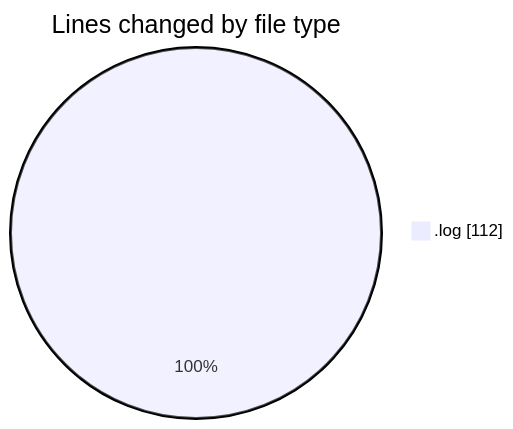
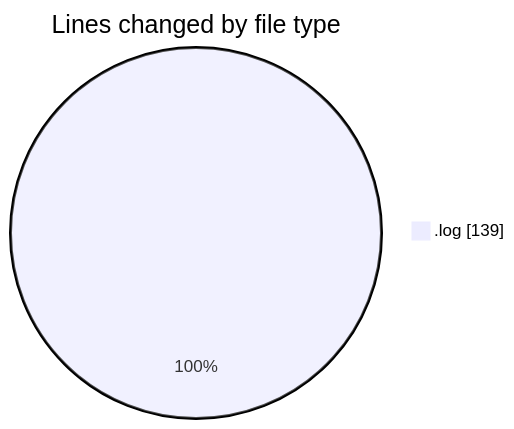
The first of 2 diagrams in 2026-07-08/twenty_versions_aminor/README.md (shibass792/code-tracking), drawn with Mermaid before and after one commit. The commit also changed other lines of this file and 1 other file, not shown here.

````diff
--- a/2026-07-08/twenty_versions_aminor/README.md
+++ b/2026-07-08/twenty_versions_aminor/README.md
@@ -20,5 +20,5 @@
 ```mermaid
 pie showData
 title Lines changed by file type
-".log" : 112
+".log" : 139
 ```
````
